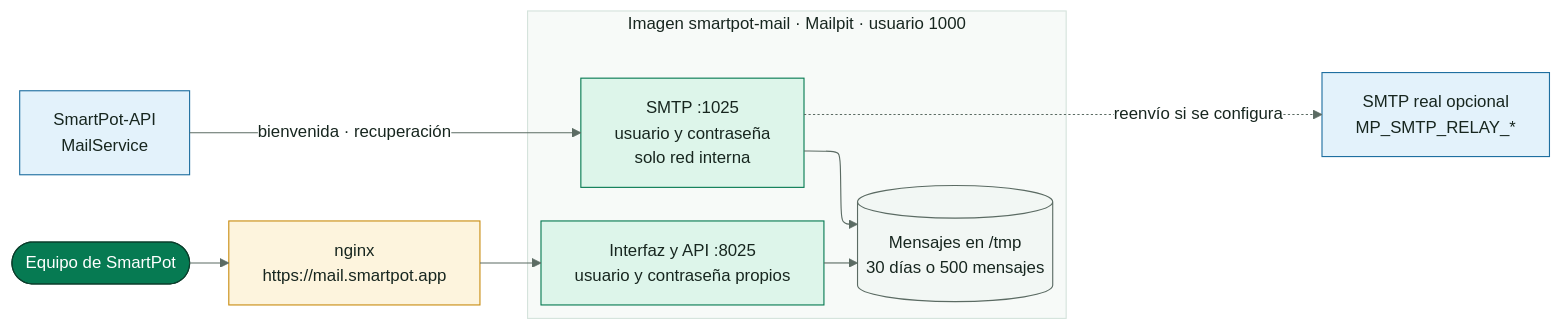
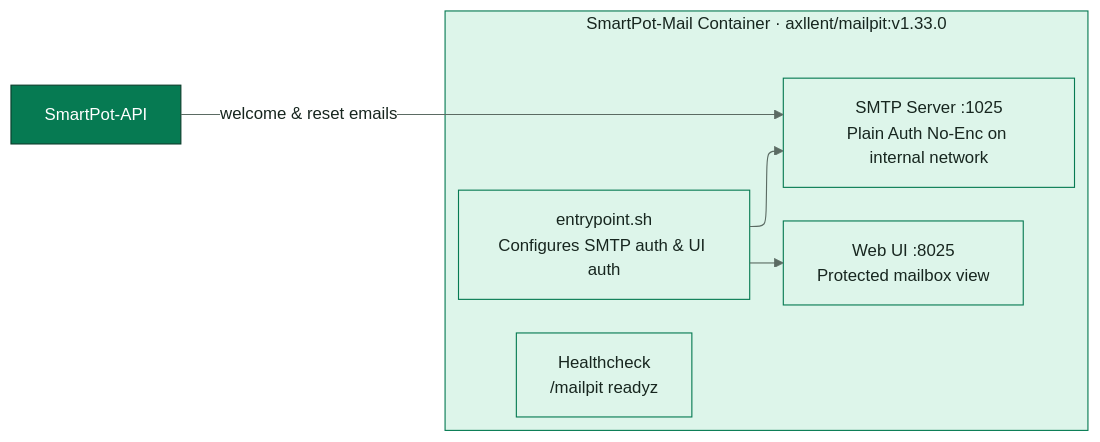
One commit to SmartPotTech/SmartPot-Mail changed the diagram in docs/diagrams/SmartPot_Mail_Global_Component.mmd. Above: the diagram before and after it, drawn with Mermaid. The commit also changed 8 other files, not shown here.

Commit message:
docs(specs): synchronize 100% english documentation, diagrams, and formal deliverables

```diff
--- a/docs/diagrams/SmartPot_Mail_Global_Component.mmd
+++ b/docs/diagrams/SmartPot_Mail_Global_Component.mmd
@@ -1,27 +1,16 @@
 %%{init: {"theme": "base", "fontFamily": "Segoe UI, Arial, sans-serif", "themeVariables": {"fontFamily": "Segoe UI, Arial, sans-serif", "fontSize": "15px", "primaryColor": "#DDF5EA", "primaryTextColor": "#17261F", "primaryBorderColor": "#067A52", "secondaryColor": "#E3F2FB", "secondaryTextColor": "#17261F", "secondaryBorderColor": "#1F6FA0", "tertiaryColor": "#F2F7F4", "tertiaryTextColor": "#17261F", "tertiaryBorderColor": "#D5E3DC", "lineColor": "#5B6B63", "textColor": "#17261F", "mainBkg": "#DDF5EA", "nodeBorder": "#067A52", "clusterBkg": "#F7FAF8", "clusterBorder": "#D5E3DC", "edgeLabelBackground": "#FFFFFF", "actorBkg": "#067A52", "actorBorder": "#0B3D2B", "actorTextColor": "#FFFFFF", "actorLineColor": "#5B6B63", "signalColor": "#17261F", "signalTextColor": "#17261F", "labelBoxBkgColor": "#0B3D2B", "labelBoxBorderColor": "#0B3D2B", "labelTextColor": "#FFFFFF", "loopTextColor": "#0B3D2B", "noteBkgColor": "#FDF4DD", "noteBorderColor": "#C98D12", "noteTextColor": "#17261F", "activationBkgColor": "#DDF5EA", "activationBorderColor": "#067A52", "attributeBackgroundColorOdd": "#FFFFFF", "attributeBackgroundColorEven": "#F2F7F4"}, "layout": "elk", "elk": {"nodePlacementStrategy": "BRANDES_KOEPF", "mergeEdges": false, "cycleBreakingStrategy": "GREEDY"}}}%%
 flowchart LR
-  api["SmartPot-API<br/>MailService"]
-  admin(["Equipo de SmartPot"])
-  subgraph imagen["Imagen smartpot-mail · Mailpit · usuario 1000"]
+  api["SmartPot-API"]
+  subgraph mail["SmartPot-Mail Container · axllent/mailpit:v1.33.0"]
     direction TB
-    smtp["SMTP :1025<br/>usuario y contraseña<br/>solo red interna"]
-    ui["Interfaz y API :8025<br/>usuario y contraseña propios"]
-    store[("Mensajes en /tmp<br/>30 días o 500 mensajes")]
+    entry["entrypoint.sh<br/>Configures SMTP auth & UI auth"]
+    smtp["SMTP Server :1025<br/>Plain Auth No-Enc on internal network"]
+    web["Web UI :8025<br/>Protected mailbox view"]
+    health["Healthcheck<br/>/mailpit readyz"]
   end
-  nginx["nginx<br/>https://mail.smartpot.app"]
-  relay["SMTP real opcional<br/>MP_SMTP_RELAY_*"]
-  api -->|"bienvenida · recuperación"| smtp --> store
-  admin --> nginx --> ui --> store
-  smtp -.->|"reenvío si se configura"| relay
+  api -->|"welcome & reset emails"| smtp
+  entry --> smtp & web
+  classDef core fill:#067A52,stroke:#0B3D2B,color:#FFFFFF
   classDef leaf fill:#DDF5EA,stroke:#067A52,color:#17261F
-  classDef water fill:#E3F2FB,stroke:#1F6FA0,color:#17261F
-  classDef sun fill:#FDF4DD,stroke:#C98D12,color:#17261F
-  classDef clay fill:#FBE9E1,stroke:#B85A38,color:#17261F
-  classDef core fill:#067A52,stroke:#0B3D2B,color:#FFFFFF
-  classDef deep fill:#0B3D2B,stroke:#06281C,color:#FFFFFF
-  classDef muted fill:#F2F7F4,stroke:#5B6B63,color:#17261F
-  class api,relay water
-  class admin core
-  class smtp,ui leaf
-  class store muted
-  class nginx sun
+  class api core
+  class mail,entry,smtp,web,health leaf
```
